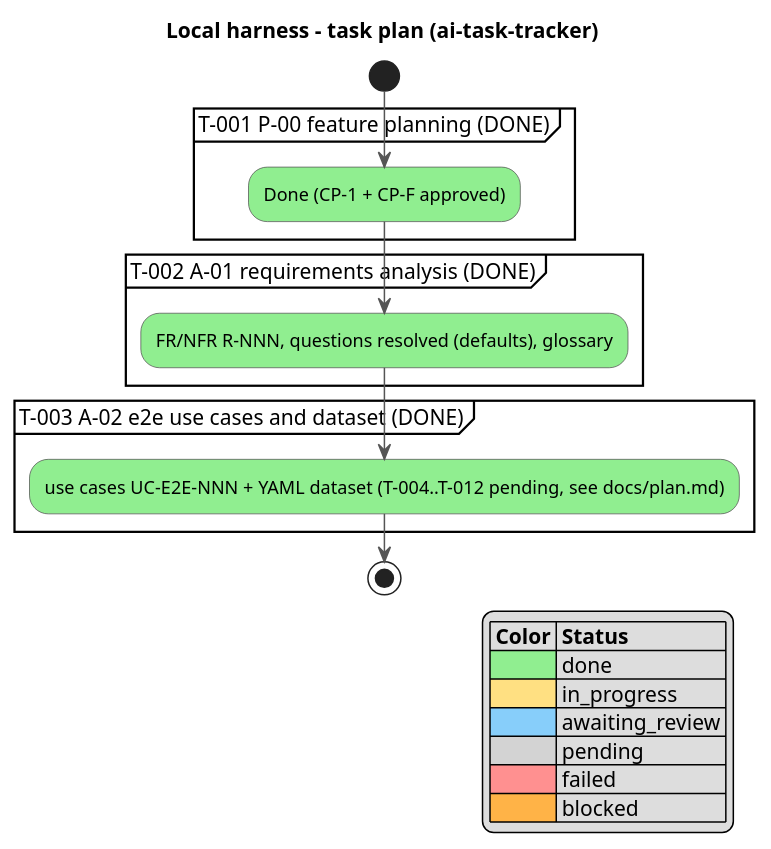
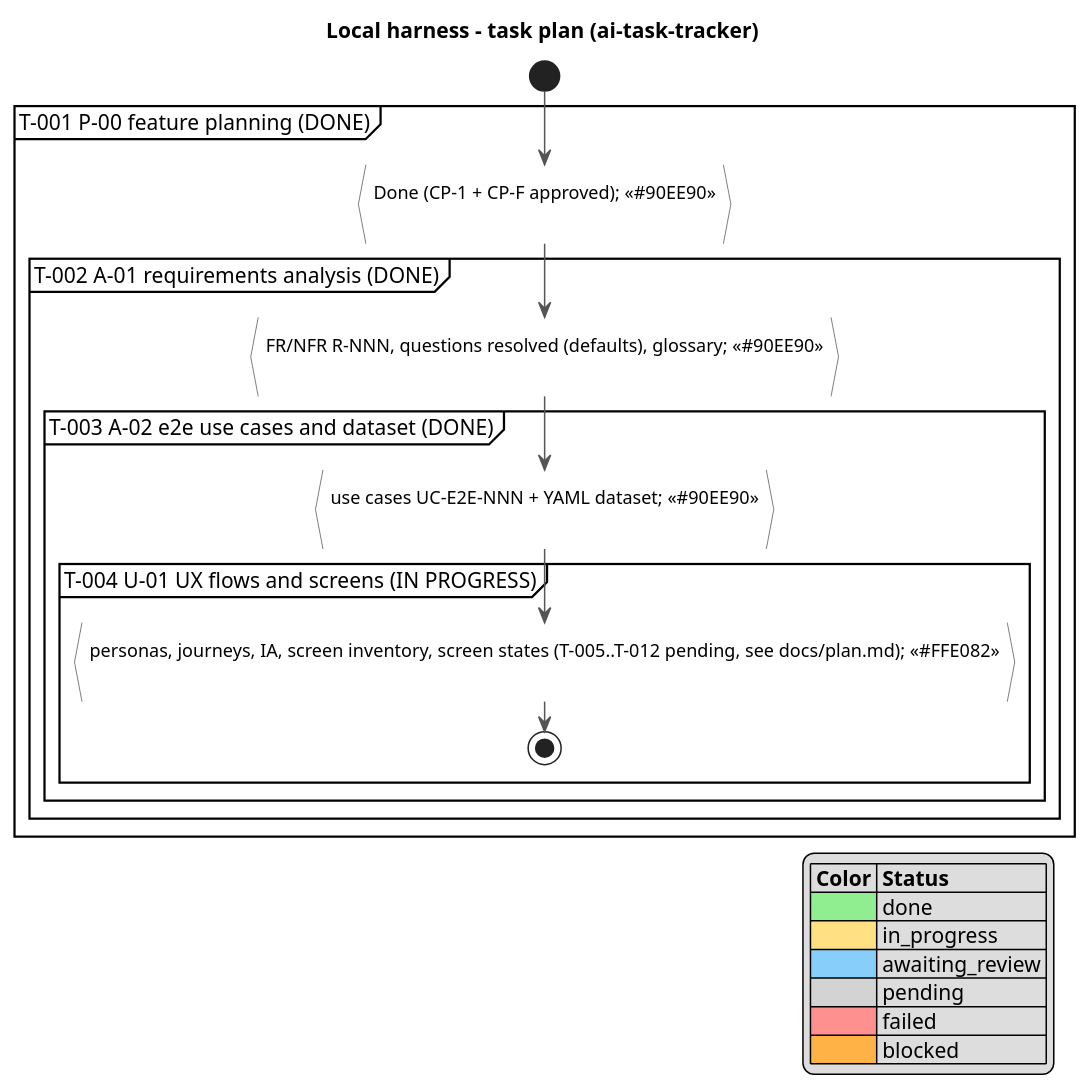
One commit to serge-sasov/ai-task-tracker changed the diagram in docs/activity.puml. Above: the diagram before and after it, drawn with PlantUML. The commit also changed 3 other files, not shown here.

Commit message:
T-004: started (U-01 UX flows and screens)

```diff
--- a/docs/activity.puml
+++ b/docs/activity.puml
@@ -1,29 +1,32 @@
 @startuml
 skinparam defaultFontName Segoe UI
 skinparam ActivityBackgroundColor #FFFFFF
 skinparam ActivityBorderColor #555555
 skinparam ArrowColor #555555
 title Local harness - task plan (ai-task-tracker)
 
 start
 partition "T-001 P-00 feature planning (DONE)" {
-  #90EE90:Done (CP-1 + CP-F approved);
+  :Done (CP-1 + CP-F approved); <<#90EE90>>
 }
 partition "T-002 A-01 requirements analysis (DONE)" {
-  #90EE90:FR/NFR R-NNN, questions resolved (defaults), glossary;
+  :FR/NFR R-NNN, questions resolved (defaults), glossary; <<#90EE90>>
 }
 partition "T-003 A-02 e2e use cases and dataset (DONE)" {
-  #90EE90:use cases UC-E2E-NNN + YAML dataset (T-004..T-012 pending, see docs/plan.md);
+  :use cases UC-E2E-NNN + YAML dataset; <<#90EE90>>
+}
+partition "T-004 U-01 UX flows and screens (IN PROGRESS)" {
+  :personas, journeys, IA, screen inventory, screen states (T-005..T-012 pending, see docs/plan.md); <<#FFE082>>
 }
 stop
 
 legend right
  |= Color |= Status |
  |<#90EE90>| done |
  |<#FFE082>| in_progress |
  |<#87CEFA>| awaiting_review |
  |<#D3D3D3>| pending |
  |<#FF9090>| failed |
  |<#FFB347>| blocked |
 endlegend
 @enduml
```
